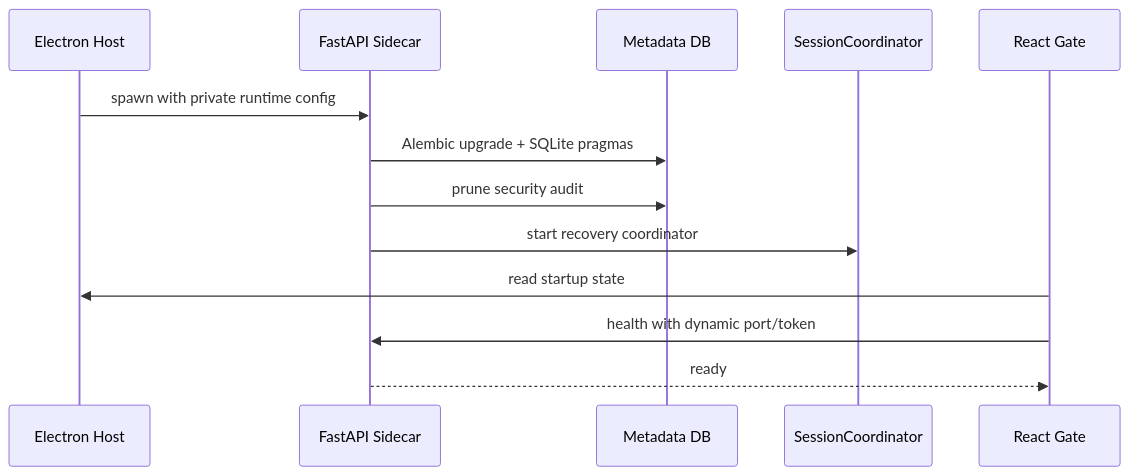
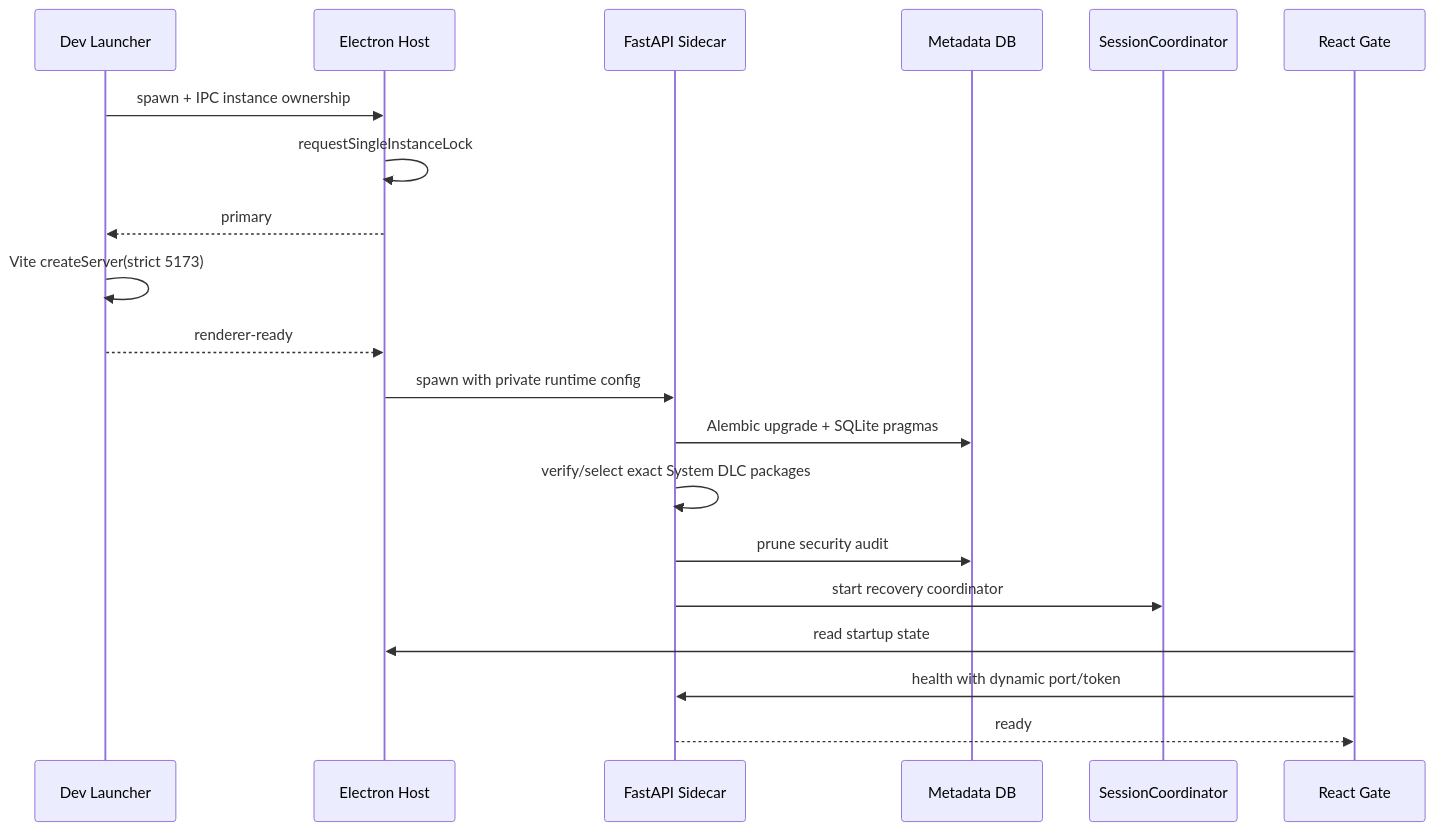
Before and after one commit to trrueee/DBFox: the second of 5 diagrams in docs/architecture/implementation-map.md, drawn with Mermaid. The commit also changed other lines of this file and 86 other files, not shown here.

````diff
--- a/docs/architecture/implementation-map.md
+++ b/docs/architecture/implementation-map.md
@@ -195,16 +208,23 @@
 ```mermaid
 sequenceDiagram
+    participant Launch as Dev Launcher
     participant Host as Electron Host
     participant Engine as FastAPI Sidecar
     participant Meta as Metadata DB
     participant Coord as SessionCoordinator
     participant UI as React Gate
 
+    Launch->>Host: spawn + IPC instance ownership
+    Host->>Host: requestSingleInstanceLock
+    Host-->>Launch: primary
+    Launch->>Launch: Vite createServer(strict 5173)
+    Launch-->>Host: renderer-ready
     Host->>Engine: spawn with private runtime config
     Engine->>Meta: Alembic upgrade + SQLite pragmas
+    Engine->>Engine: verify/select exact System DLC packages
     Engine->>Meta: prune security audit
     Engine->>Coord: start recovery coordinator
     UI->>Host: read startup state
     UI->>Engine: health with dynamic port/token
     Engine-->>UI: ready
 ```
````
